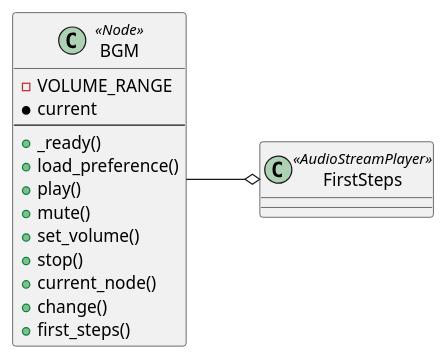
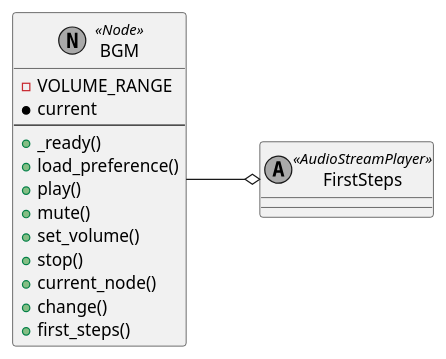
One commit to tkmfujise/Platformer-Game-Learning changed the diagram in content/scenes/autoloads/bgm/bgm.tscn.adoc. Above: the diagram before and after it, drawn with PlantUML. The commit also changed 69 other files, not shown here.

Commit message:
Change scene diagram class color

```diff
--- a/content/scenes/autoloads/bgm/bgm.tscn.adoc
+++ b/content/scenes/autoloads/bgm/bgm.tscn.adoc
@@ -9,22 +9,22 @@
 [plantuml]
 ....
-class ROOT as "BGM" <<Node>> {
+class ROOT as "BGM" <<(N,darkgray) Node>> {
   - VOLUME_RANGE
   * current
 ---
   + _ready()
   + load_preference()
   + play()
   + mute()
   + set_volume()
   + stop()
   + current_node()
   + change()
   + first_steps()
 }
-class FirstSteps as "FirstSteps" <<AudioStreamPlayer>> {
+class FirstSteps as "FirstSteps" <<(A,darkgray) AudioStreamPlayer>> {
 }
 ROOT --o FirstSteps
 left to right direction
 
 ....
```
